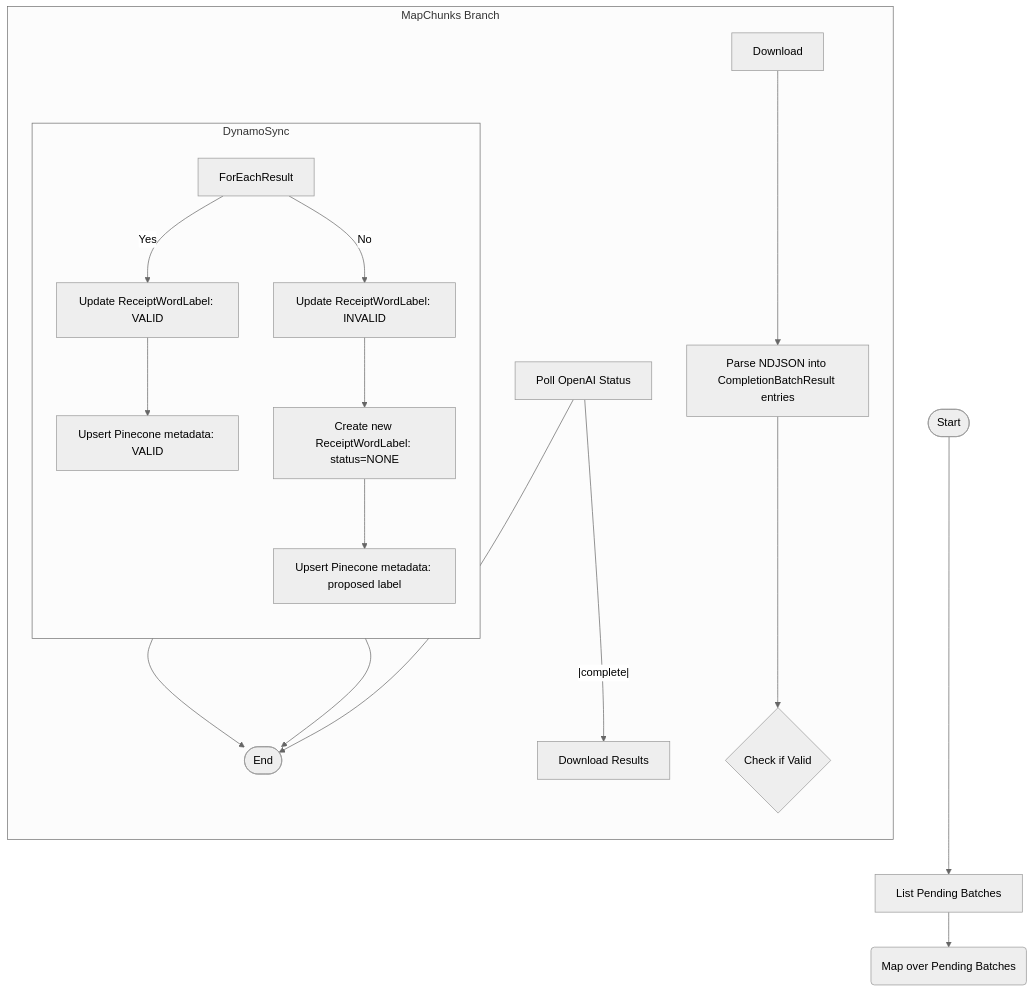
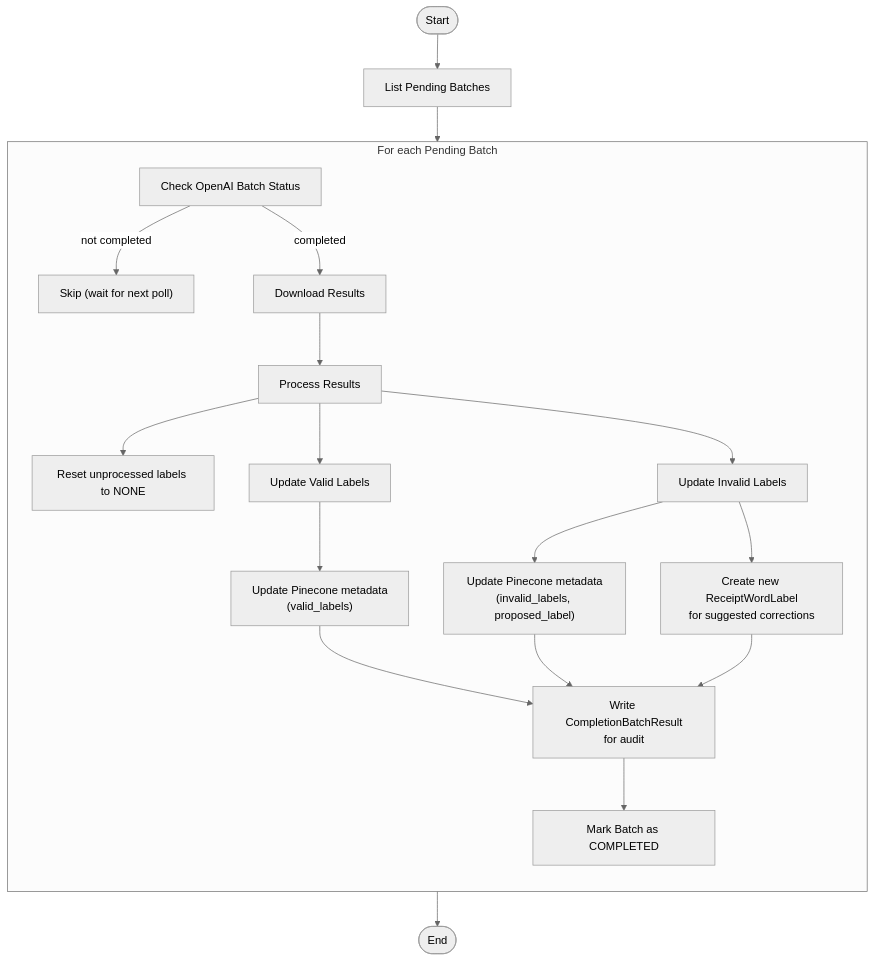
Before and after one commit to tnorlund/Portfolio: the diagram in receipt_label/receipt_label/completion/README_poll.md, drawn with Mermaid (neutral theme). The commit also changed other lines of this file and 6 other files, not shown here.

First line of the commit message:
docs: improve receipt_label module documentation

````diff
--- a/receipt_label/receipt_label/completion/README_poll.md
+++ b/receipt_label/receipt_label/completion/README_poll.md
@@ -17,26 +95,29 @@
 ```mermaid
-    flowchart TB
-        Start([Start]) --> list_pending_completion_batches["List Pending Batches"]
-        list_pending_completion_batches --> map_batches("Map over Pending Batches")
+flowchart TB
+    Start([Start]) --> list_pending_completion_batches["List Pending Batches"]
+    list_pending_completion_batches --> MapBatches["Map over Pending Batches"]
 
-        subgraph MapChunks Branch
-            direction TB
-            get_openai_batch_status["Poll OpenAI Status"]
-            get_openai_batch_status --> End([End])
-            get_openai_batch_status -- |complete| --> download_openai_batch_result["Download Results"]
-            Download --> parse_results["Parse NDJSON into CompletionBatchResult entries"]
-            parse_results --> map_results{"Check if Valid"}
+    subgraph MapBatches["For each Pending Batch"]
+        direction TB
+        get_openai_batch_status["Check OpenAI Batch Status"]
+        get_openai_batch_status -->|not completed| SkipBatch["Skip (wait for next poll)"]
+        get_openai_batch_status -->|completed| download_openai_batch_result["Download Results"]
+        download_openai_batch_result --> ProcessResults["Process Results"]
+        
+        ProcessResults --> update_pending_labels["Reset unprocessed labels to NONE"]
+        ProcessResults --> update_valid_labels["Update Valid Labels"]
+        ProcessResults --> update_invalid_labels["Update Invalid Labels"]
+        
+        update_valid_labels --> UpdatePineconeValid["Update Pinecone metadata<br/>(valid_labels)"]
+        update_invalid_labels --> UpdatePineconeInvalid["Update Pinecone metadata<br/>(invalid_labels, proposed_label)"]
+        update_invalid_labels --> CreateProposed["Create new ReceiptWordLabel<br/>for suggested corrections"]
+        
+        UpdatePineconeValid --> write_completion_batch_results["Write CompletionBatchResult<br/>for audit"]
+        UpdatePineconeInvalid --> write_completion_batch_results
+        CreateProposed --> write_completion_batch_results
+        
+        write_completion_batch_results --> update_batch_summary["Mark Batch as COMPLETED"]
+    end
 
-            subgraph DynamoSync
-                direction TB
-                ForEachResult -- Yes --> UpdateValid["Update ReceiptWordLabel: VALID"]
-                UpdateValid --> UpsertPineconeValid["Upsert Pinecone metadata: VALID"]
-                ForEachResult -- No --> UpdateInvalid["Update ReceiptWordLabel: INVALID"]
-                UpdateInvalid --> CreateProposed["Create new ReceiptWordLabel: status=NONE"]
-                CreateProposed --> UpsertPineconeInvalid["Upsert Pinecone metadata: proposed label"]
-            end
-
-            UpsertPineconeValid --> End
-            UpsertPineconeInvalid --> End
-        end
+    MapBatches --> End([End])
 ```
````
